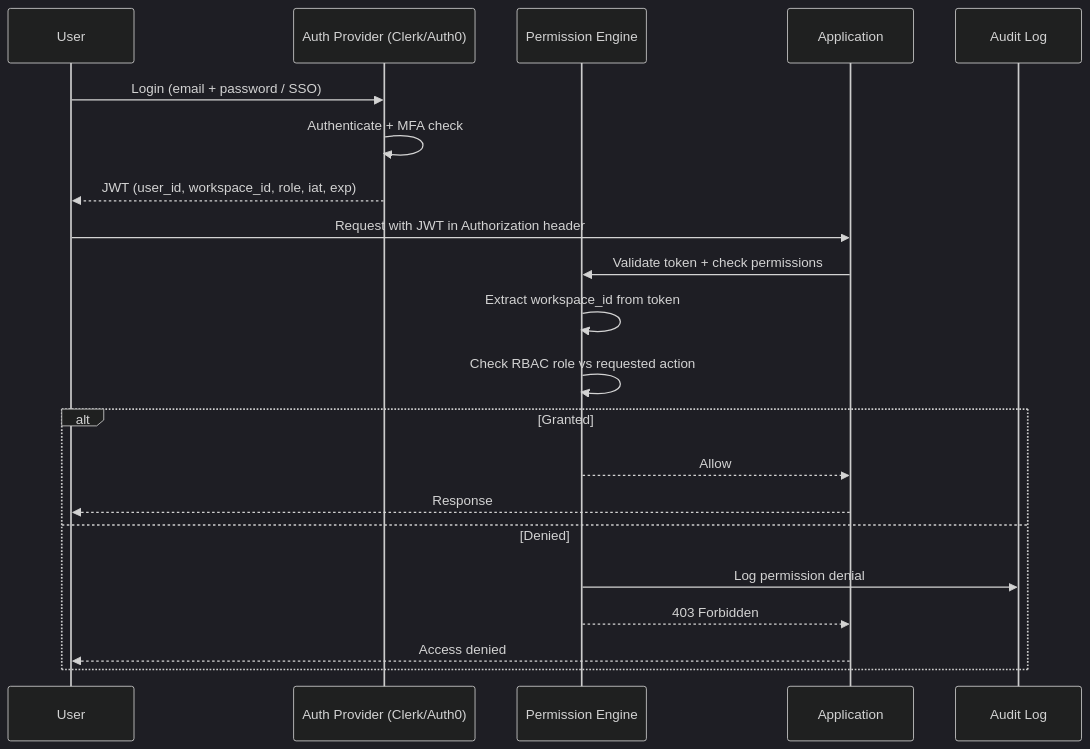
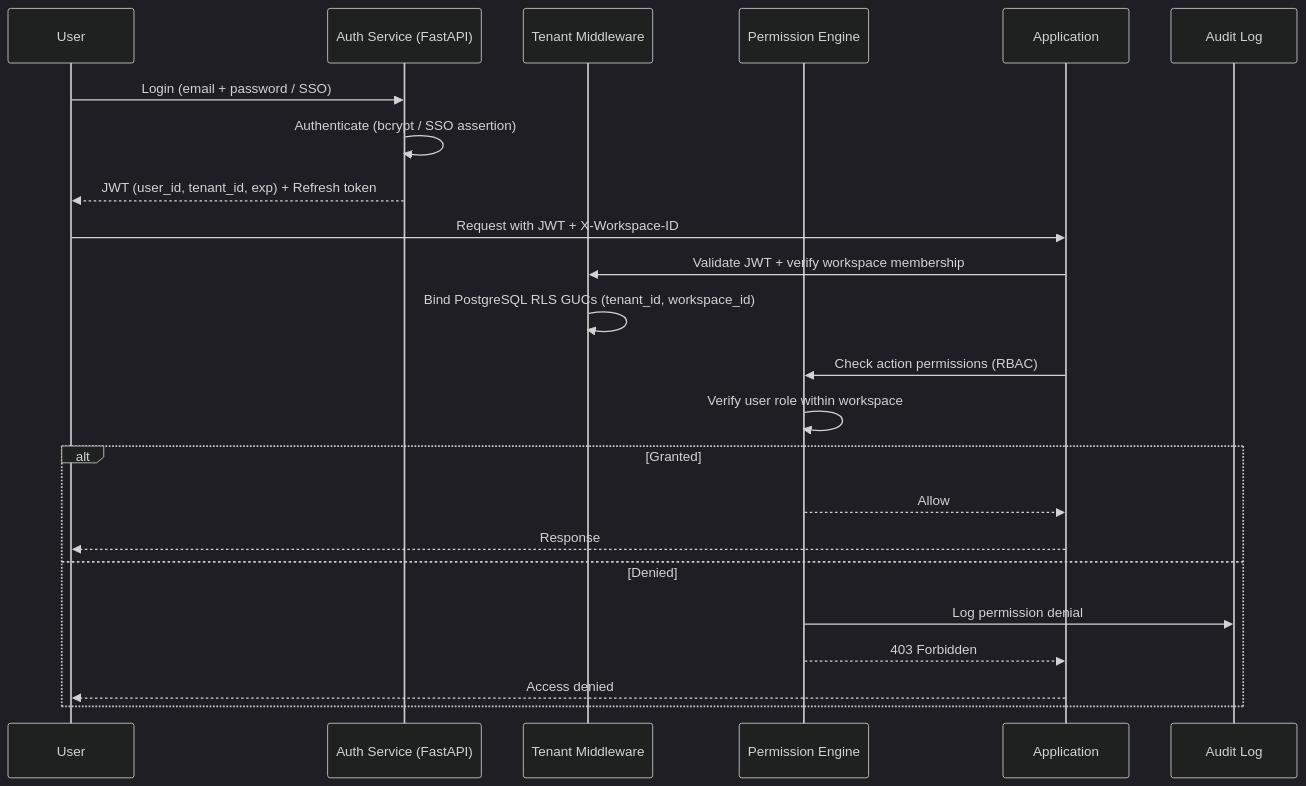
Before and after one commit to Driftloom/Vaeloom: the second of 3 diagrams in docs/security/IAM.md, drawn with Mermaid (dark theme). The commit also changed other lines of this file and 6 other files, not shown here.

Commit message:
feat(auth): add saml acs callback routes and update security architecture specs

````diff
--- a/docs/security/IAM.md
+++ b/docs/security/IAM.md
@@ -206,27 +209,29 @@
 ```mermaid
 sequenceDiagram
  participant U as User
- participant AP as Auth Provider (Clerk/Auth0)
+ participant AP as Auth Service (FastAPI)
+ participant TM as Tenant Middleware
  participant PE as Permission Engine
  participant APP as Application
  participant AUD as Audit Log
 
  U->>AP: Login (email + password / SSO)
- AP->>AP: Authenticate + MFA check
- AP-->>U: JWT (user_id, workspace_id, role, iat, exp)
+ AP->>AP: Authenticate (bcrypt / SSO assertion)
+ AP-->>U: JWT (user_id, tenant_id, exp) + Refresh token
 
- U->>APP: Request with JWT in Authorization header
- APP->>PE: Validate token + check permissions
+ U->>APP: Request with JWT + X-Workspace-ID
+ APP->>TM: Validate JWT + verify workspace membership
+ TM->>TM: Bind PostgreSQL RLS GUCs (tenant_id, workspace_id)
+ APP->>PE: Check action permissions (RBAC)
 
- PE->>PE: Extract workspace_id from token
- PE->>PE: Check RBAC role vs requested action
+ PE->>PE: Verify user role within workspace
 
  alt Granted
  PE-->>APP: Allow
  APP-->>U: Response
  else Denied
  PE->>AUD: Log permission denial
  PE-->>APP: 403 Forbidden
  APP-->>U: Access denied
  end
 ```
````
